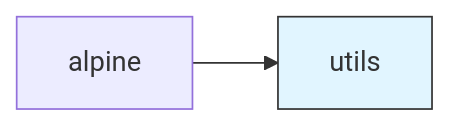
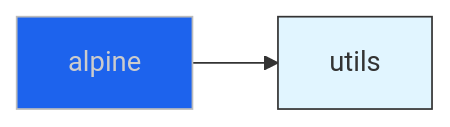
One commit to stairwaytowonderland/starter-project changed the second of 16 diagrams in .devcontainer/docker/README.md. Above: the diagram before and after it, drawn with Mermaid. The commit also changed other lines of this file, not shown here.

````diff
--- a/.devcontainer/docker/README.md
+++ b/.devcontainer/docker/README.md
@@ -151,5 +151,6 @@
 ```mermaid
 graph LR
     alpine[alpine] --> utils[utils]
+    style alpine fill:#1d63ed,stroke:#bcbcbc,color:#ccc
     style utils fill:#e1f5ff,stroke:#333,color:#333
 ```
````
